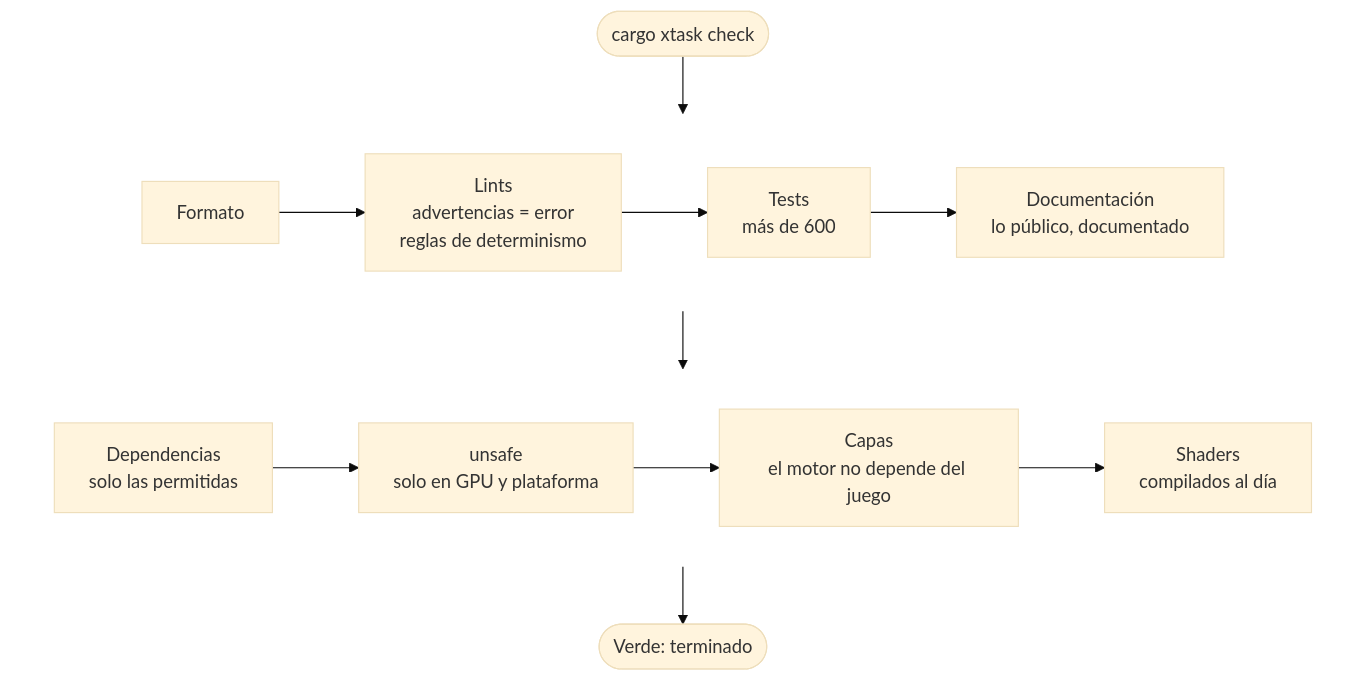
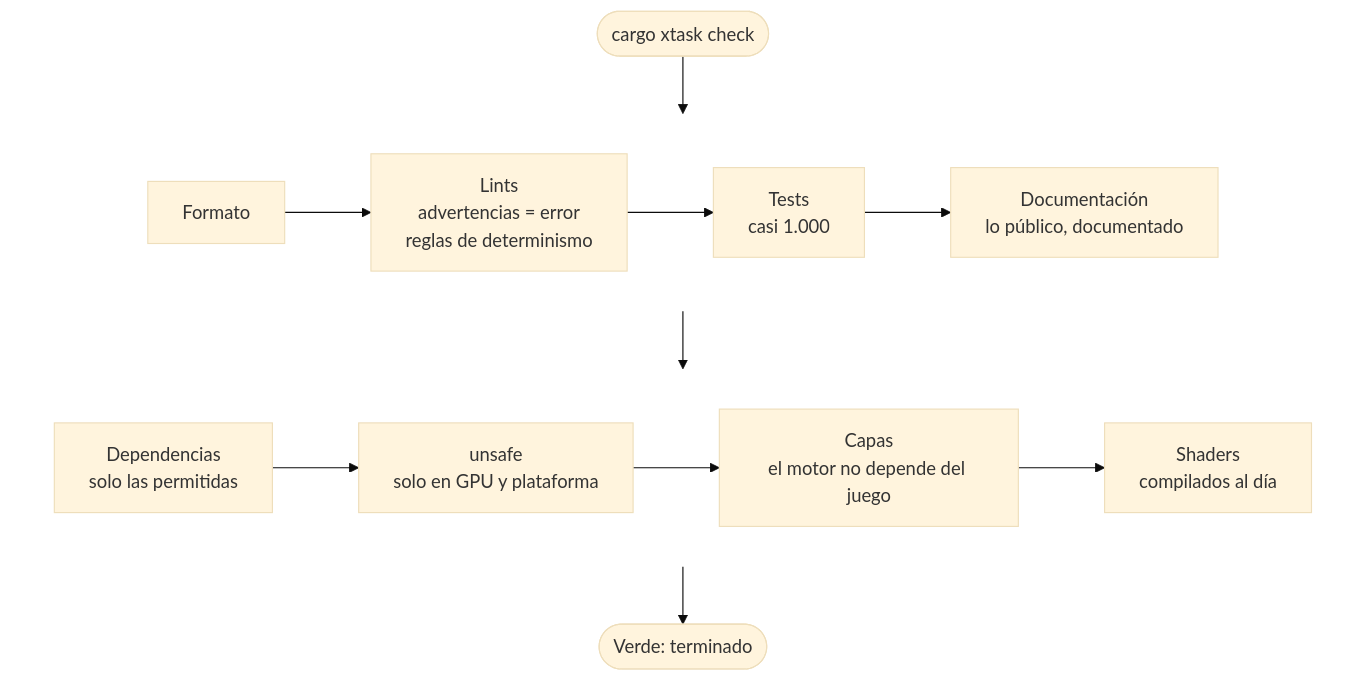
One commit to PsyBrainy/data changed the seventh of 7 diagrams in landing/projects/psyengine.md. Above: the diagram before and after it, drawn with Mermaid (base theme). The commit also changed other lines of this file and 3 other files, not shown here.

````diff
--- a/landing/projects/psyengine.md
+++ b/landing/projects/psyengine.md
@@ -207,16 +226,16 @@
 ```mermaid
 flowchart TB
     s(["cargo xtask check"]) --> r1
     subgraph r1[" "]
         direction LR
-        f["Formato"] --> c["Lints<br/>advertencias = error<br/>reglas de determinismo"] --> t["Tests<br/>más de 600"] --> d["Documentación<br/>lo público, documentado"]
+        f["Formato"] --> c["Lints<br/>advertencias = error<br/>reglas de determinismo"] --> t["Tests<br/>casi 1.000"] --> d["Documentación<br/>lo público, documentado"]
     end
     subgraph r2[" "]
         direction LR
         dep["Dependencias<br/>solo las permitidas"] --> u["unsafe<br/>solo en GPU y plataforma"] --> cap["Capas<br/>el motor no depende del juego"] --> sh["Shaders<br/>compilados al día"]
     end
     r1 --> r2
     r2 --> ok(["Verde: terminado"])
     style r1 fill:none,stroke:none
     style r2 fill:none,stroke:none
 ```
````
